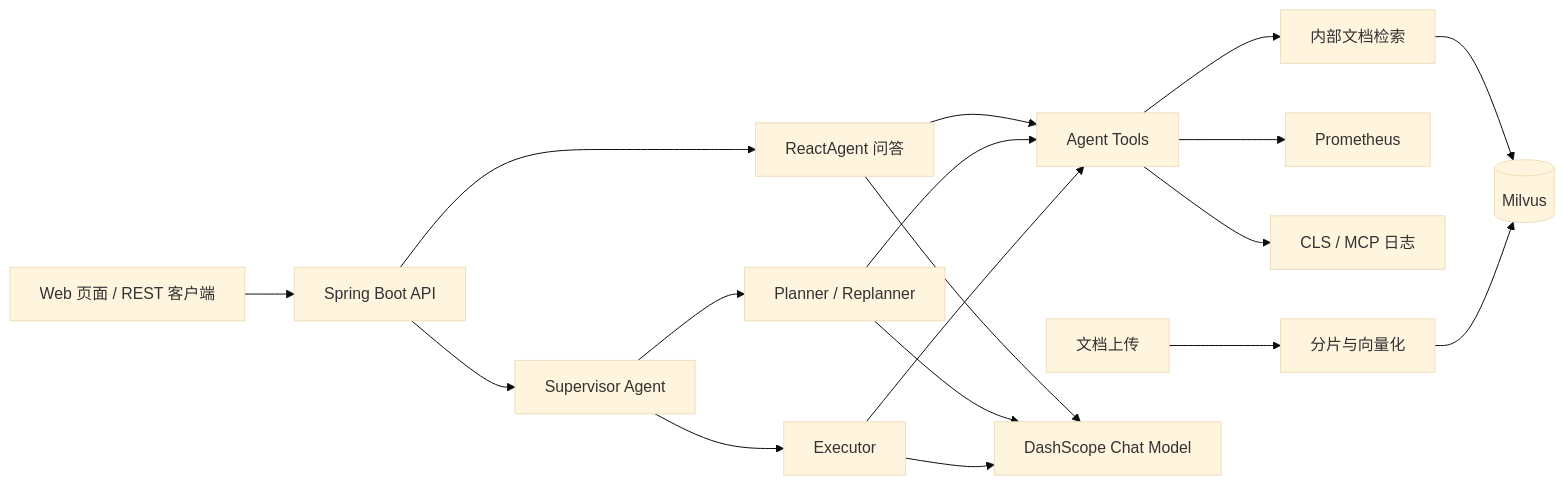
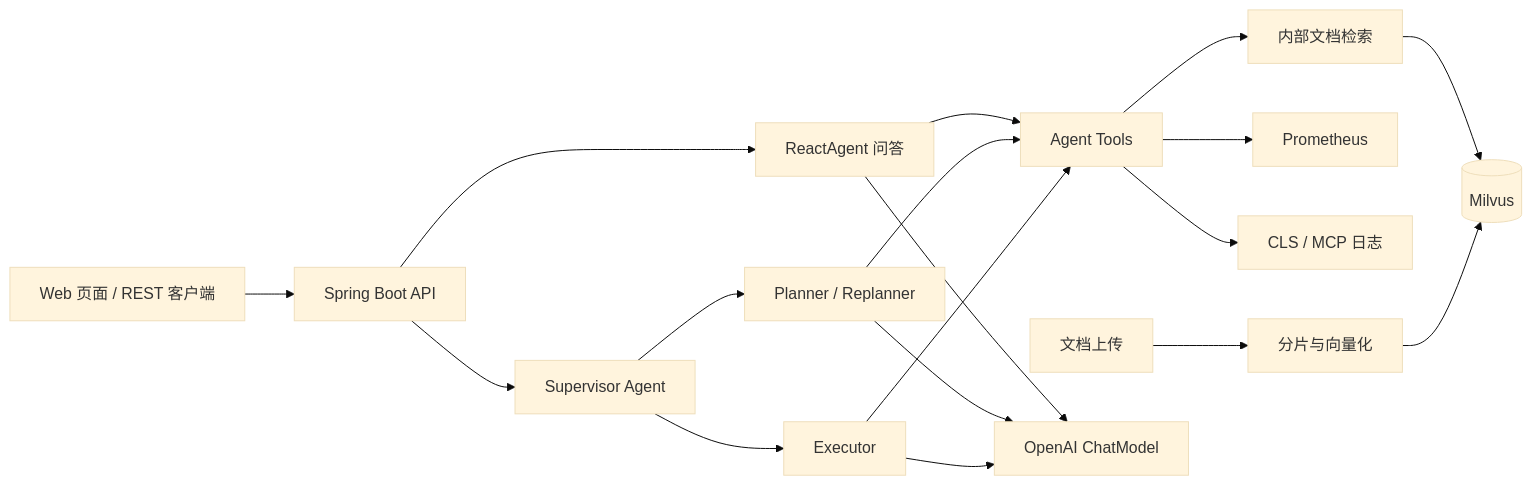
One commit to fjaflj/oncall-ai-agent changed the diagram in README.md. Above: the diagram before and after it, drawn with Mermaid (base theme). The commit also changed other lines of this file and 19 other files, not shown here.

````diff
--- a/README.md
+++ b/README.md
@@ -60,20 +41,20 @@
 ```mermaid
 flowchart LR
     Browser[Web 页面 / REST 客户端] --> API[Spring Boot API]
     API --> Chat[ReactAgent 问答]
     API --> Supervisor[Supervisor Agent]
     Supervisor --> Planner[Planner / Replanner]
     Supervisor --> Executor[Executor]
     Chat --> Tools[Agent Tools]
     Planner --> Tools
     Executor --> Tools
     Tools --> Docs[内部文档检索]
     Tools --> Prometheus[Prometheus]
     Tools --> Logs[CLS / MCP 日志]
     Docs --> Milvus[(Milvus)]
     Upload[文档上传] --> Chunk[分片与向量化]
     Chunk --> Milvus
-    Chat --> DashScope[DashScope Chat Model]
-    Planner --> DashScope
-    Executor --> DashScope
+    Chat --> OpenAI[OpenAI ChatModel]
+    Planner --> OpenAI
+    Executor --> OpenAI
 ```
````
